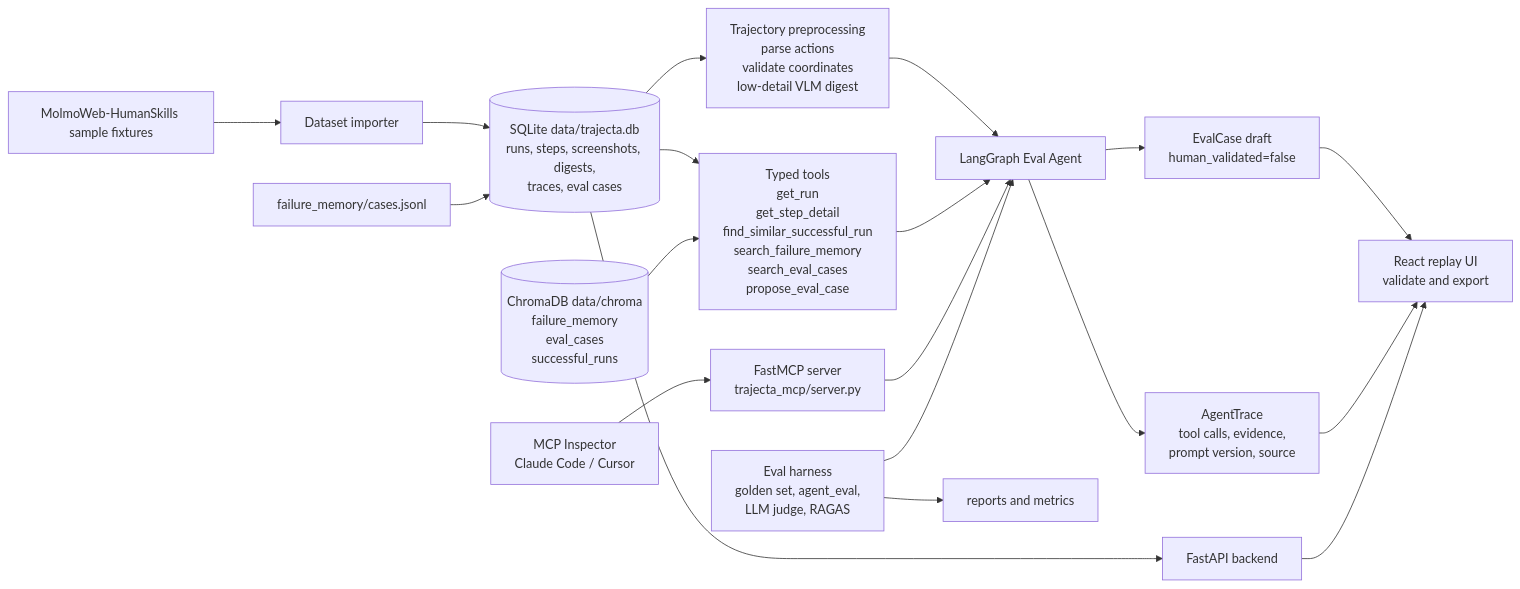
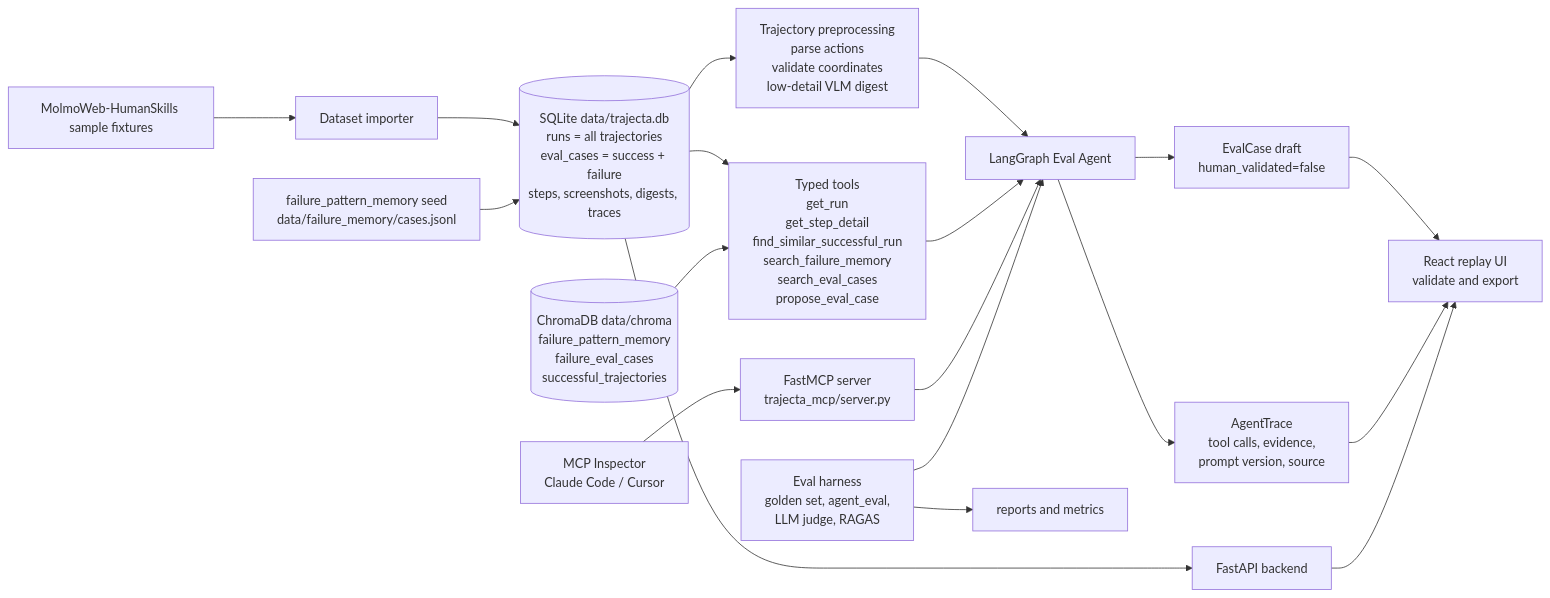
Before and after one commit to X1nzhe/Trajecta: the diagram in README.md, drawn with Mermaid. The commit also changed other lines of this file and 9 other files, not shown here.

````diff
--- a/README.md
+++ b/README.md
@@ -22,21 +22,21 @@
 ```mermaid
 flowchart LR
   Dataset["MolmoWeb-HumanSkills sample fixtures"] --> Importer["Dataset importer"]
-  Importer --> SQLite[("SQLite data/trajecta.db<br/>runs, steps, screenshots, digests,<br/>traces, eval cases")]
-  FailureSeed["failure_memory/cases.jsonl"] --> SQLite
+  Importer --> SQLite[("SQLite data/trajecta.db<br/>runs = all trajectories<br/>eval_cases = success + failure<br/>steps, screenshots, digests, traces")]
+  FailureSeed["failure_pattern_memory seed<br/>data/failure_memory/cases.jsonl"] --> SQLite
   SQLite --> Preprocess["Trajectory preprocessing<br/>parse actions<br/>validate coordinates<br/>low-detail VLM digest"]
   Preprocess --> Agent["LangGraph Eval Agent"]
   SQLite --> Tools["Typed tools<br/>get_run<br/>get_step_detail<br/>find_similar_successful_run<br/>search_failure_memory<br/>search_eval_cases<br/>propose_eval_case"]
-  Chroma[("ChromaDB data/chroma<br/>failure_memory<br/>eval_cases<br/>successful_runs")] --> Tools
+  Chroma[("ChromaDB data/chroma<br/>failure_pattern_memory<br/>failure_eval_cases<br/>successful_trajectories")] --> Tools
   Tools --> Agent
   Agent --> Draft["EvalCase draft<br/>human_validated=false"]
   Agent --> Trace["AgentTrace<br/>tool calls, evidence,<br/>prompt version, source"]
   Draft --> UI["React replay UI<br/>validate and export"]
   Trace --> UI
   API["FastAPI backend"] --> UI
   SQLite --> API
   MCP["FastMCP server<br/>trajecta_mcp/server.py"] --> Agent
   Inspector["MCP Inspector<br/>Claude Code / Cursor"] --> MCP
   Eval["Eval harness<br/>golden set, agent_eval,<br/>LLM judge, RAGAS"] --> Agent
   Eval --> Reports["reports and metrics"]
 ```
````
